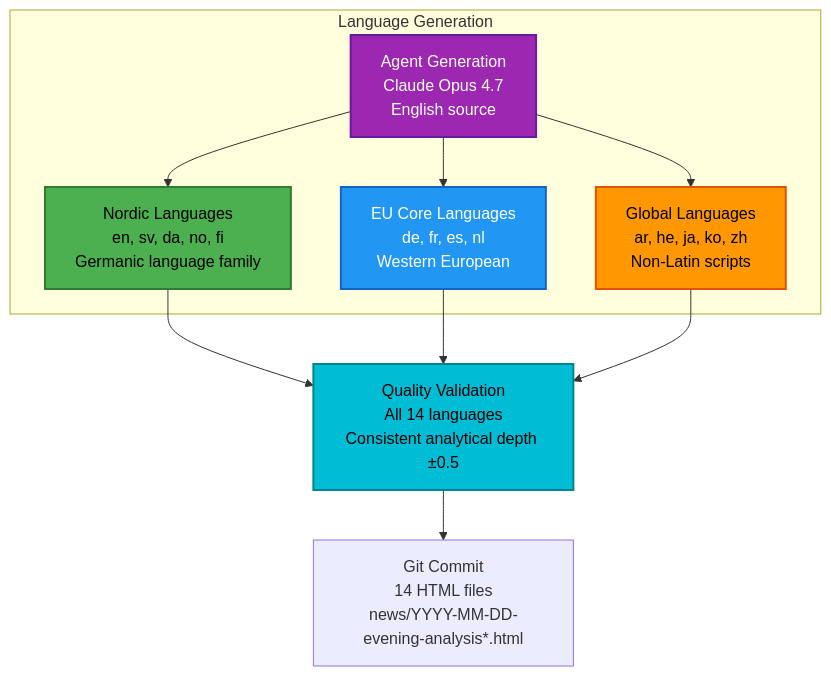
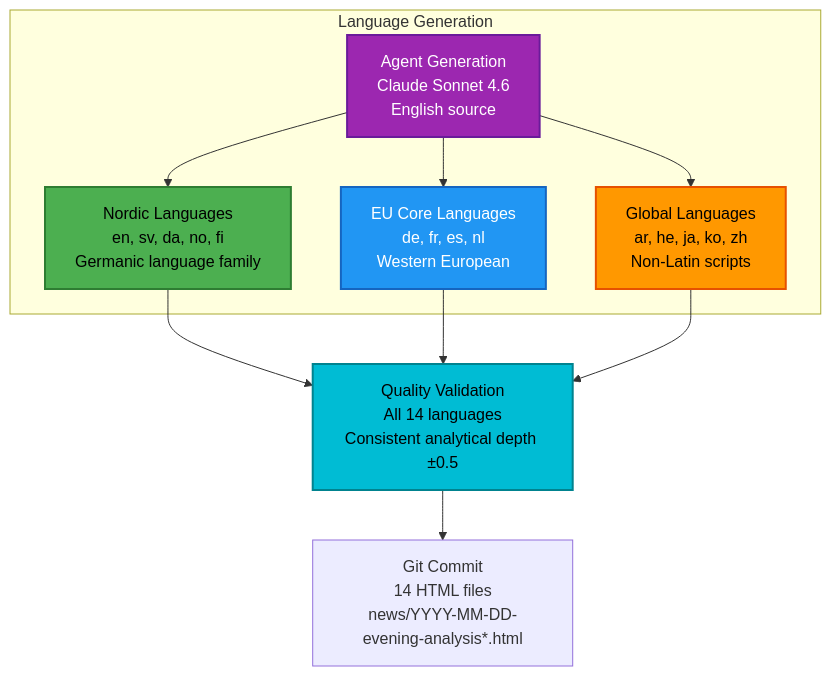
Before and after one commit to Hack23/riksdagsmonitor: the tenth of 17 diagrams in ARCHITECTURE.md, drawn with Mermaid. The commit also changed other lines of this file and 3 other files, not shown here.

````diff
--- a/ARCHITECTURE.md
+++ b/ARCHITECTURE.md
@@ -1007,26 +1009,26 @@
 ```mermaid
 graph TB
     subgraph "Language Generation"
-        Source[Agent Generation<br/>Claude Opus 4.7<br/>English source]
+        Source[Agent Generation<br/>Claude Sonnet 4.6<br/>English source]
         
         Nordic[Nordic Languages<br/>en, sv, da, no, fi<br/>Germanic language family]
         EU[EU Core Languages<br/>de, fr, es, nl<br/>Western European]
         Global[Global Languages<br/>ar, he, ja, ko, zh<br/>Non-Latin scripts]
     end
     
     Source --> Nordic
     Source --> EU
     Source --> Global
     
     Nordic --> Validation[Quality Validation<br/>All 14 languages<br/>Consistent analytical depth ±0.5]
     EU --> Validation
     Global --> Validation
     
     Validation --> Commit[Git Commit<br/>14 HTML files<br/>news/YYYY-MM-DD-evening-analysis*.html]
     
     style Source fill:#9c27b0,stroke:#6a1b9a,stroke-width:2px,color:#ffffff
     style Nordic fill:#4caf50,stroke:#2e7d32,stroke-width:2px,color:#000000
     style EU fill:#2196f3,stroke:#1565c0,stroke-width:2px,color:#ffffff
     style Global fill:#ff9800,stroke:#e65100,stroke-width:2px,color:#000000
     style Validation fill:#00bcd4,stroke:#00838f,stroke-width:2px,color:#000000
 ```
````
